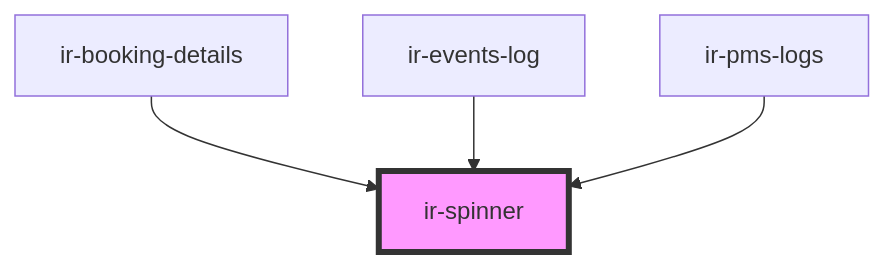
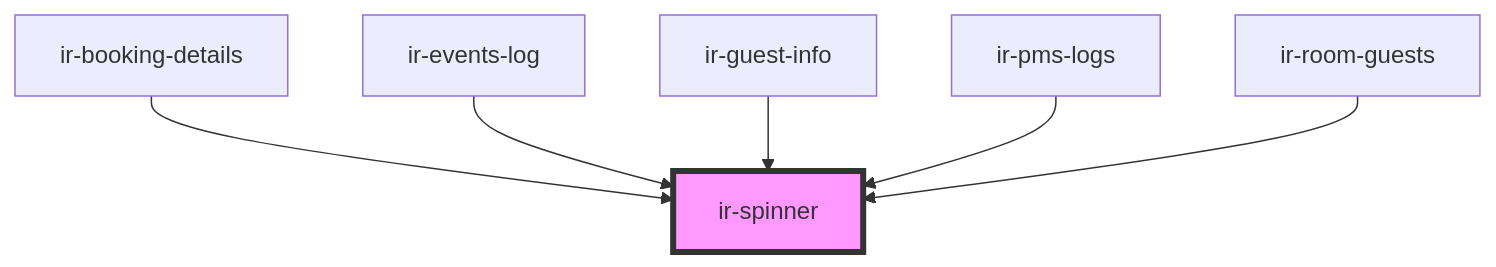
The diagram in src/components/ui/ir-spinner/readme.md (David1Chowaifaty/modified-ir-webcmp), drawn with Mermaid before and after one commit. The commit also changed other lines of this file and 28 other files, not shown here.

````diff
--- a/src/components/ui/ir-spinner/readme.md
+++ b/src/components/ui/ir-spinner/readme.md
@@ -27,7 +29,9 @@
 ```mermaid
 graph TD;
   ir-booking-details --> ir-spinner
   ir-events-log --> ir-spinner
+  ir-guest-info --> ir-spinner
   ir-pms-logs --> ir-spinner
+  ir-room-guests --> ir-spinner
   style ir-spinner fill:#f9f,stroke:#333,stroke-width:4px
 ```
````
